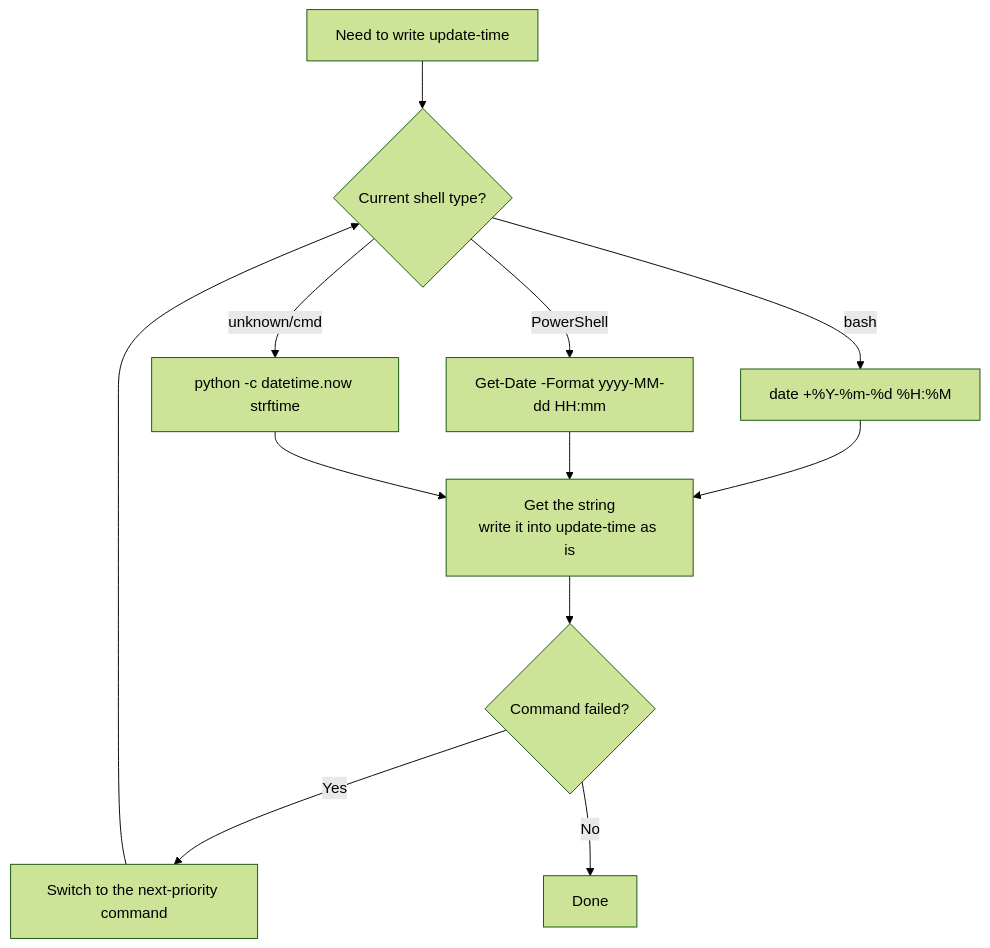
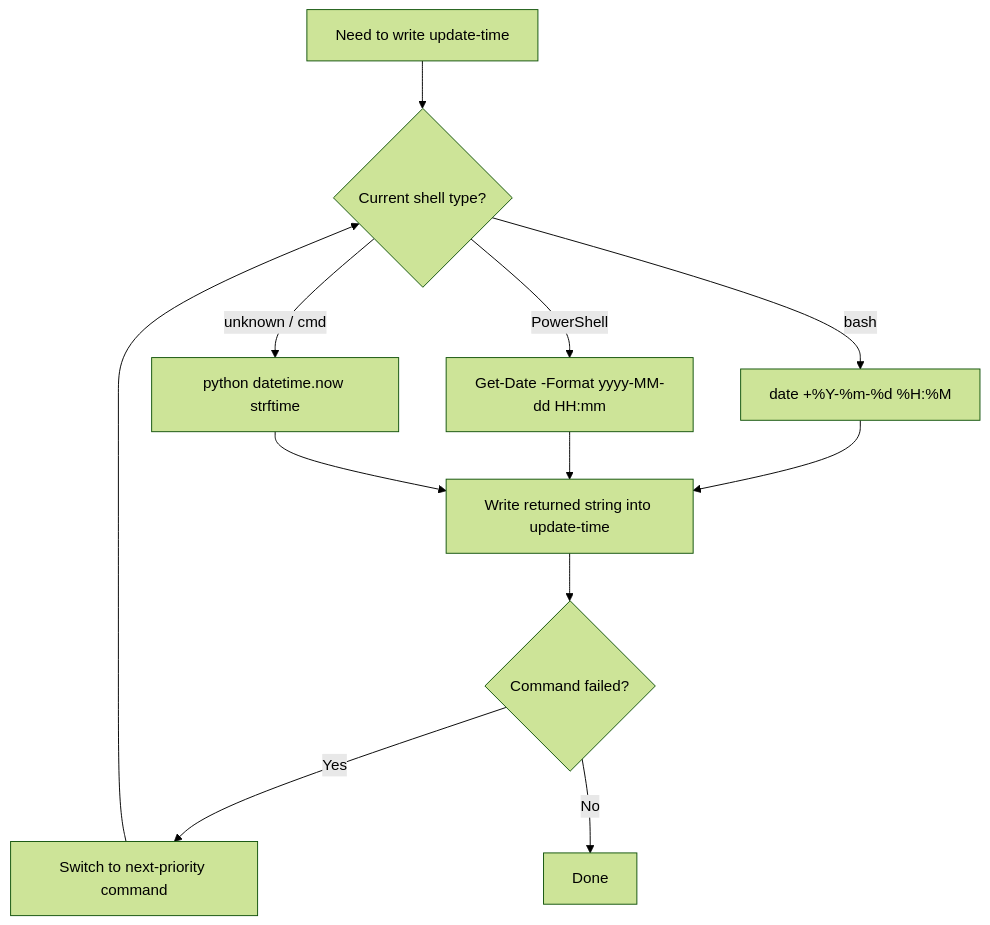
One commit to Alenkz12/FiboSkills changed the first of 3 diagrams in fibo-conventions/references/conventions/sync.md. Above: the diagram before and after it, drawn with Mermaid (forest theme). The commit also changed other lines of this file and 96 other files, not shown here.

````diff
--- a/fibo-conventions/references/conventions/sync.md
+++ b/fibo-conventions/references/conventions/sync.md
@@ -138,12 +153,12 @@
 ```mermaid
 flowchart TD
-  A[Need to write update-time] --> B{Current shell type?}
-  B -->|bash| C[date +%Y-%m-%d %H:%M]
-  B -->|PowerShell| D[Get-Date -Format yyyy-MM-dd HH:mm]
-  B -->|unknown/cmd| E[python -c datetime.now strftime]
-  C & D & E --> F[Get the string<br/>write it into update-time as is]
-  F --> G{Command failed?}
-  G -->|Yes| H[Switch to the next-priority command]
-  H --> B
-  G -->|No| I[Done]
+  timestamp_request_001["Need to write update-time"] --> shell_type_002{"Current shell type?"}
+  shell_type_002 -->|bash| bash_time_003["date +%Y-%m-%d %H:%M"]
+  shell_type_002 -->|PowerShell| powershell_time_004["Get-Date -Format yyyy-MM-dd HH:mm"]
+  shell_type_002 -->|unknown / cmd| python_time_005["python datetime.now strftime"]
+  bash_time_003 & powershell_time_004 & python_time_005 --> write_time_006["Write returned string into update-time"]
+  write_time_006 --> command_result_007{"Command failed?"}
+  command_result_007 -->|Yes| fallback_command_008["Switch to next-priority command"]
+  fallback_command_008 --> shell_type_002
+  command_result_007 -->|No| timestamp_done_009["Done"]
 ```
````
